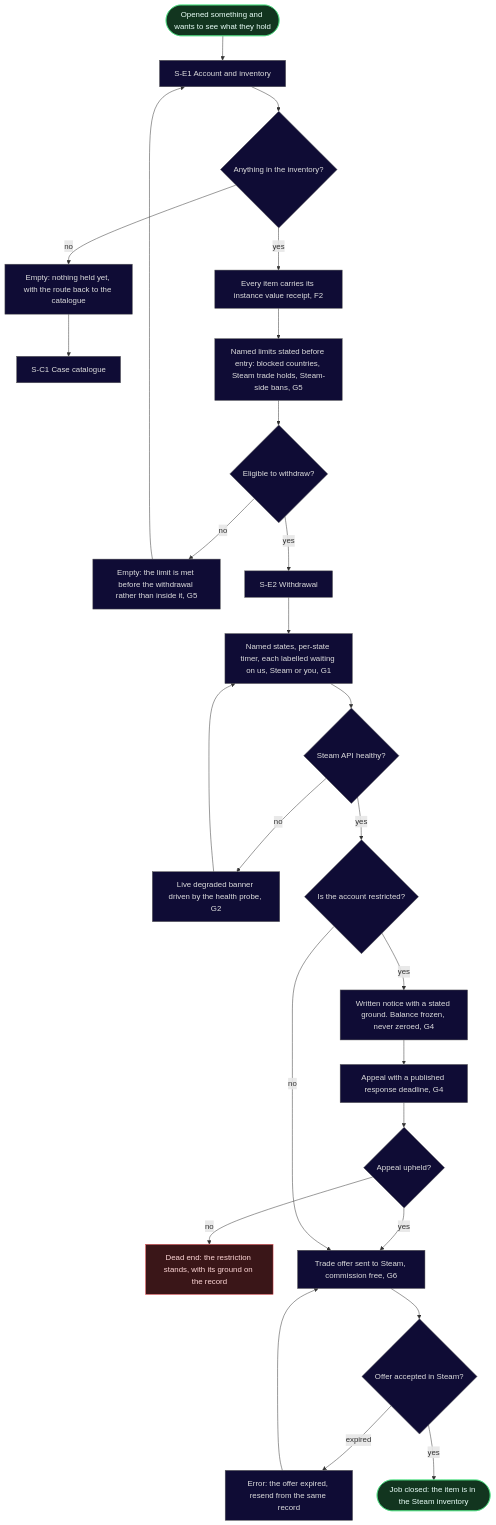
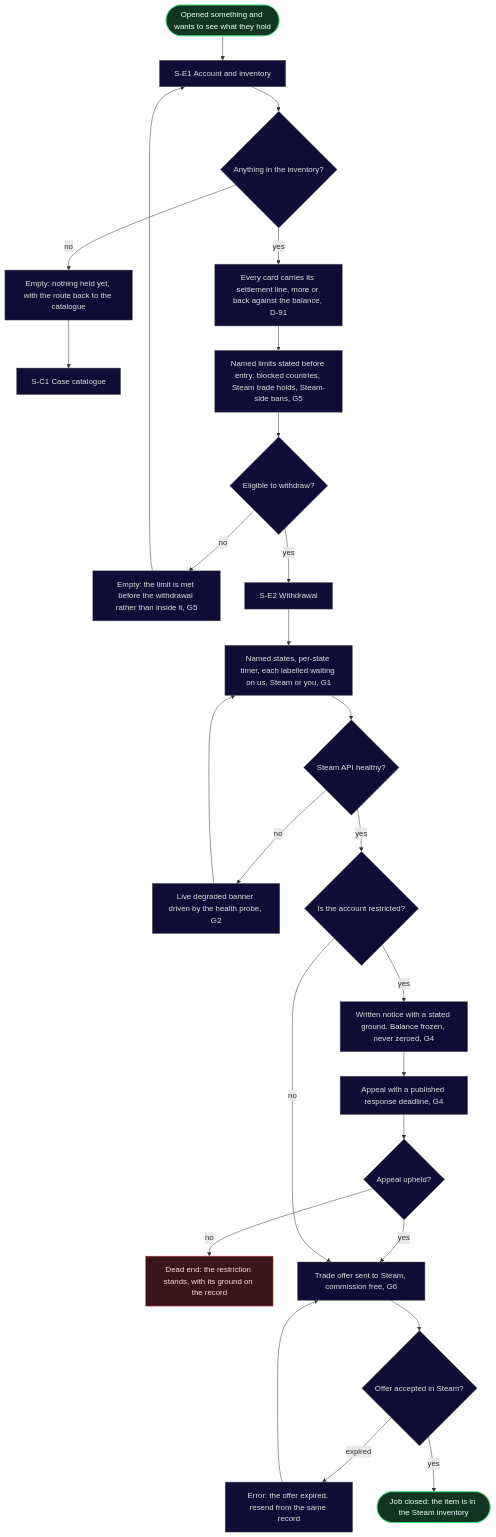
Before and after one commit to sergiodesign4u-dot/cs2-clutch: the fifth of 7 diagrams in ia/docs/flows.md, drawn with Mermaid. The commit also changed other lines of this file and 14 other files, not shown here.

Commit message:
D-147: round 15 step 7, the map, the flows, the registry and the status catch up; baseline rows for 0.11 and 0.13

````diff
--- a/ia/docs/flows.md
+++ b/ia/docs/flows.md
@@ -208,35 +218,35 @@
 ```mermaid
 flowchart TD
     W0(["Opened something and wants to see what they hold"]) --> Inv["S-E1 Account and inventory"]
     Inv --> Has{"Anything in the inventory?"}
     Has -->|no| Empty3["Empty: nothing held yet, with the route back to the catalogue"]
     Empty3 --> Cat3["S-C1 Case catalogue"]
-    Has -->|yes| Rec["Every item carries its instance value receipt, F2"]
-    Rec --> Limits["Named limits stated before entry: blocked countries, Steam trade holds, Steam-side bans, G5"]
+    Has -->|yes| Settle["Every card carries its settlement line, more or back against the balance, D-91"]
+    Settle --> Limits["Named limits stated before entry: blocked countries, Steam trade holds, Steam-side bans, G5"]
     Limits --> Elig{"Eligible to withdraw?"}
     Elig -->|no| NotYet["Empty: the limit is met before the withdrawal rather than inside it, G5"]
     NotYet --> Inv
     Elig -->|yes| Start2["S-E2 Withdrawal"]
     Start2 --> Clock["Named states, per-state timer, each labelled waiting on us, Steam or you, G1"]
     Clock --> Health{"Steam API healthy?"}
     Health -->|no| Degraded["Live degraded banner driven by the health probe, G2"]
     Degraded --> Clock
     Health -->|yes| Review{"Is the account restricted?"}
     Review -->|yes| Notice["Written notice with a stated ground. Balance frozen, never zeroed, G4"]
     Notice --> Appeal["Appeal with a published response deadline, G4"]
     Appeal --> Resolved{"Appeal upheld?"}
     Resolved -->|no| Refused["Dead end: the restriction stands, with its ground on the record"]
     Resolved -->|yes| Send["Trade offer sent to Steam, commission free, G6"]
     Review -->|no| Send
     Send --> Accept{"Offer accepted in Steam?"}
     Accept -->|expired| Expired["Error: the offer expired, resend from the same record"]
     Expired --> Send
     Accept -->|yes| Done(["Job closed: the item is in the Steam inventory"])
 
     classDef success fill:#12351f,stroke:#4ade80,color:#eafff9;
     classDef dead fill:#3a1618,stroke:#e5484d,color:#ffd7d7;
     classDef neutral fill:#0f0c35,stroke:#5a5a5a,color:#dddddd;
     class W0,Done success;
     class Refused dead;
-    class Inv,Has,Empty3,Cat3,Rec,Limits,Elig,NotYet,Start2,Clock,Health,Degraded,Review,Notice,Appeal,Resolved,Send,Accept,Expired neutral;
+    class Inv,Has,Empty3,Cat3,Settle,Limits,Elig,NotYet,Start2,Clock,Health,Degraded,Review,Notice,Appeal,Resolved,Send,Accept,Expired neutral;
 ```
````
